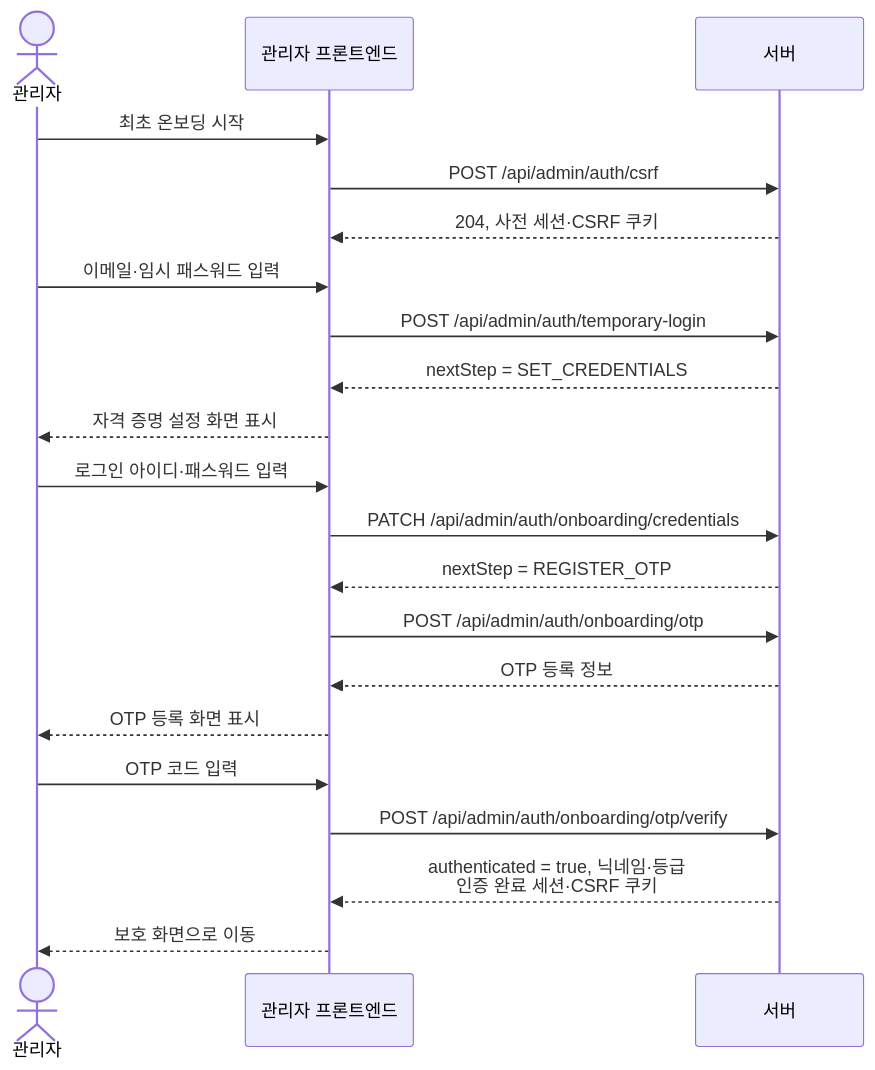
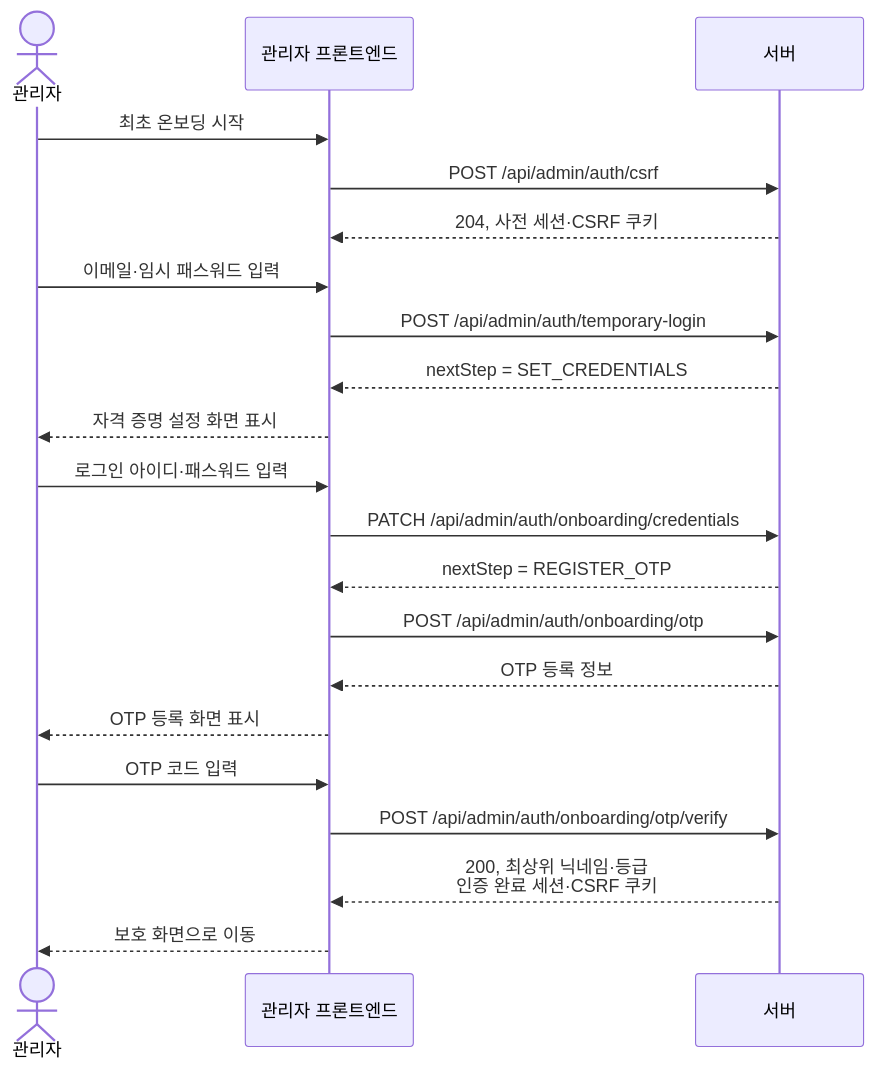
Before and after one commit to MyPicDay/piku-back: the second of 2 diagrams in docs/handoffs/admin-session-authentication-handoff.md, drawn with Mermaid. The commit also changed other lines of this file and 4 other files, not shown here.

````diff
--- a/docs/handoffs/admin-session-authentication-handoff.md
+++ b/docs/handoffs/admin-session-authentication-handoff.md
@@ -83,28 +83,28 @@
 ```mermaid
 sequenceDiagram
     actor Admin as 관리자
     participant Frontend as 관리자 프론트엔드
     participant Server as 서버
 
     Admin->>Frontend: 최초 온보딩 시작
     Frontend->>Server: POST /api/admin/auth/csrf
     Server-->>Frontend: 204, 사전 세션·CSRF 쿠키
 
     Admin->>Frontend: 이메일·임시 패스워드 입력
     Frontend->>Server: POST /api/admin/auth/temporary-login
     Server-->>Frontend: nextStep = SET_CREDENTIALS
     Frontend-->>Admin: 자격 증명 설정 화면 표시
 
     Admin->>Frontend: 로그인 아이디·패스워드 입력
     Frontend->>Server: PATCH /api/admin/auth/onboarding/credentials
     Server-->>Frontend: nextStep = REGISTER_OTP
 
     Frontend->>Server: POST /api/admin/auth/onboarding/otp
     Server-->>Frontend: OTP 등록 정보
     Frontend-->>Admin: OTP 등록 화면 표시
 
     Admin->>Frontend: OTP 코드 입력
     Frontend->>Server: POST /api/admin/auth/onboarding/otp/verify
-    Server-->>Frontend: authenticated = true, 닉네임·등급<br/>인증 완료 세션·CSRF 쿠키
+    Server-->>Frontend: 200, 최상위 닉네임·등급<br/>인증 완료 세션·CSRF 쿠키
     Frontend-->>Admin: 보호 화면으로 이동
 ```
````
